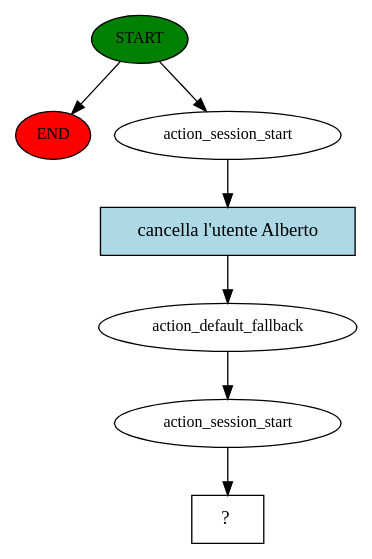
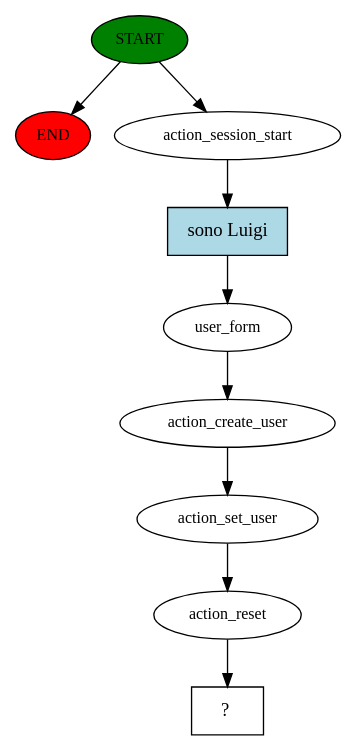
One commit to ManDrake-hub/ROS_todoList_chatbot changed the diagram in chatbot/story_graph.dot. Above: the diagram before and after it, drawn with Graphviz. The commit also changed 241 other files, not shown here.

```diff
--- a/chatbot/story_graph.dot
+++ b/chatbot/story_graph.dot
@@ -1,15 +1,19 @@
 digraph  {
 0 [class="start active", fillcolor=green, fontsize=12, label=START, style=filled];
 "-1" [class=end, fillcolor=red, fontsize=12, label=END, style=filled];
 1 [class=active, fontsize=12, label=action_session_start];
-2 [class=active, fontsize=12, label=action_default_fallback];
-3 [class=active, fontsize=12, label=action_session_start];
-4 [class="intent dashed active", label="  ?  ", shape=rect];
-5 [class="intent active", fillcolor=lightblue, label="cancella l'utente Alberto", shape=rect, style=filled];
+2 [class=active, fontsize=12, label=user_form];
+3 [class=active, fontsize=12, label=action_create_user];
+4 [class=active, fontsize=12, label=action_set_user];
+5 [class=active, fontsize=12, label=action_reset];
+6 [class="intent dashed active", label="  ?  ", shape=rect];
+7 [class="intent active", fillcolor=lightblue, label="sono Luigi", shape=rect, style=filled];
 0 -> "-1"  [class="", key=NONE, label=""];
 0 -> 1  [class=active, key=NONE, label=""];
-1 -> 5  [class=active, key=0];
+1 -> 7  [class=active, key=0];
 2 -> 3  [class=active, key=NONE, label=""];
 3 -> 4  [class=active, key=NONE, label=""];
-5 -> 2  [class=active, key=0];
+4 -> 5  [class=active, key=NONE, label=""];
+5 -> 6  [class=active, key=NONE, label=""];
+7 -> 2  [class=active, key=0];
 }
```
